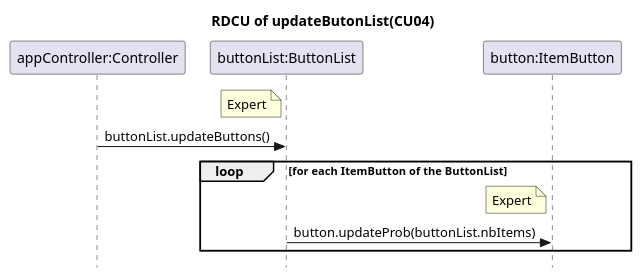
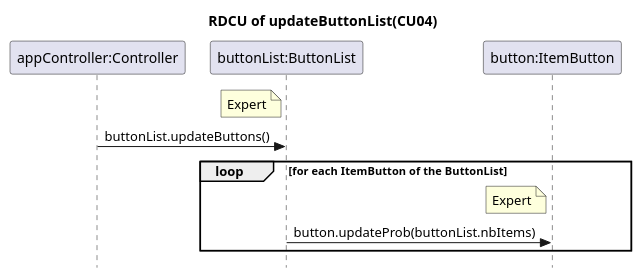
The second of 2 diagrams in docs/RDCU/cu04_RemoveItem_rdcus.puml (vexys001/RandoTracker), drawn with PlantUML before and after one commit. The commit also changed 2 other files, not shown here.

Commit message:
CU06 RDCU End.

```diff
--- a/docs/RDCU/cu04_RemoveItem_rdcus.puml
+++ b/docs/RDCU/cu04_RemoveItem_rdcus.puml
@@ -26,19 +26,19 @@
 @startuml
 skinparam style strictuml
 skinparam defaultfontname Verdana
-title RDCU of updateButonList(CU04)
+title RDCU of updateButtonList(CU04)
 
 participant "appController:Controller" as ac
 participant "buttonList:ButtonList" as bl
 participant "button:ItemButton" as ib
 
 note left of bl: Expert
 ac->bl : buttonList.updateButtons()
 
 loop for each ItemButton  of the ButtonList
 note left of ib: Expert
 bl->ib : button.updateProb(buttonList.nbItems) 
 end loop
 
 
 @enduml
```
